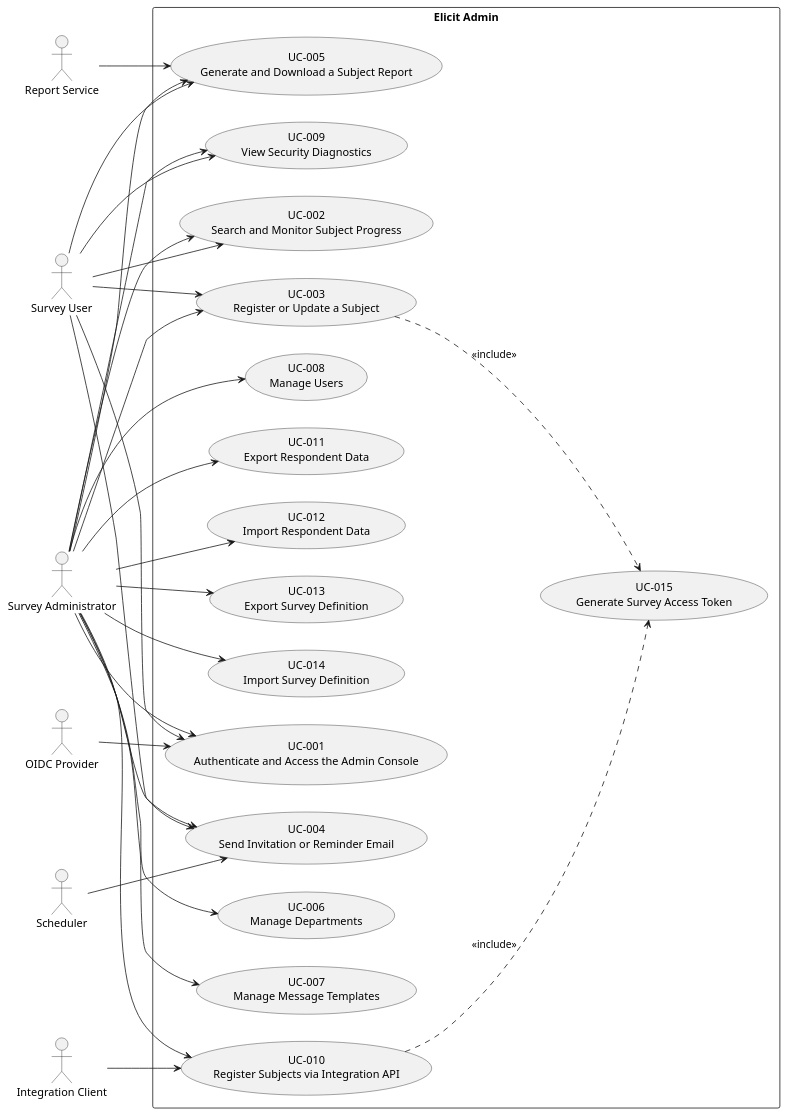
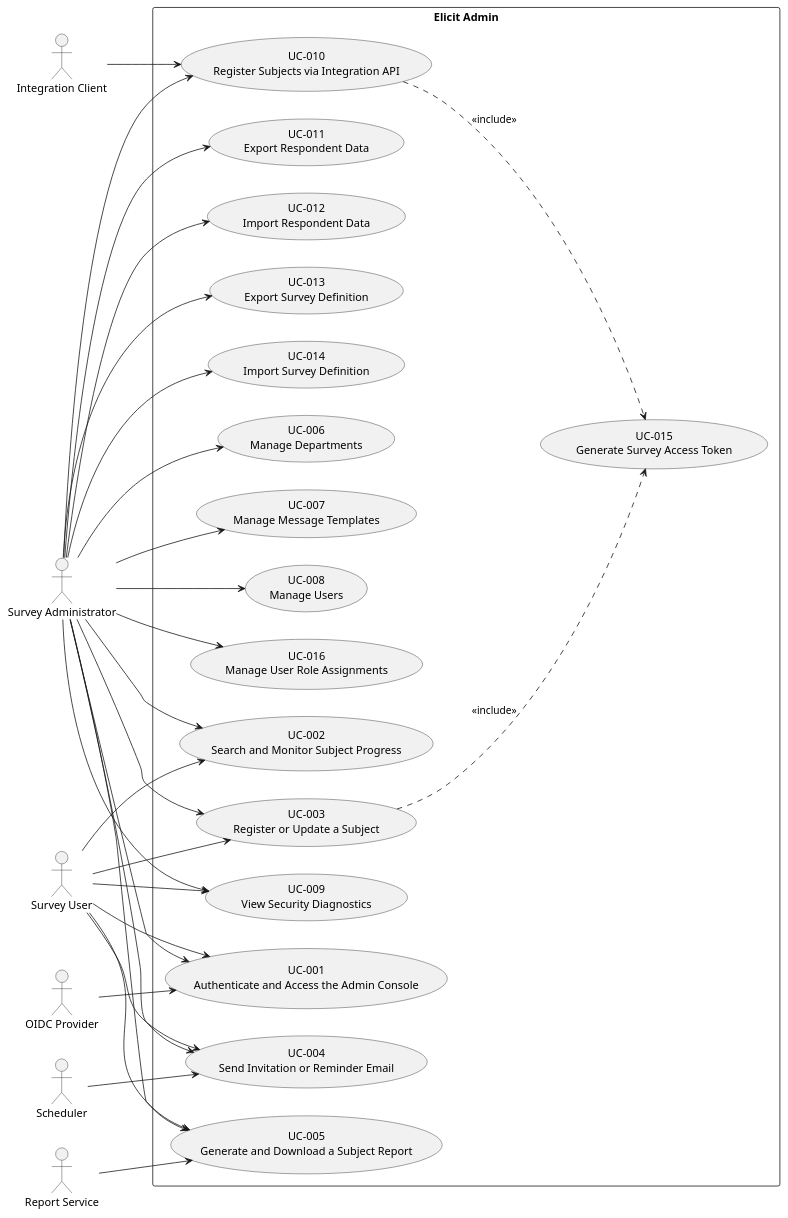
One commit to ElicitSoftware/Admin changed the diagram in docs/use_cases.puml. Above: the diagram before and after it, drawn with PlantUML. The commit also changed 4 other files, not shown here.

```diff
--- a/docs/use_cases.puml
+++ b/docs/use_cases.puml
@@ -1,72 +1,74 @@
 @startuml Use Cases Overview
 left to right direction
 
 actor "Survey User" as user
 actor "Survey Administrator" as admin
 actor "Integration Client" as importer
 actor "OIDC Provider" as oidc
 actor "Scheduler" as scheduler
 actor "Report Service" as reportsvc
 
 rectangle "Elicit Admin" {
     ' --- Interactive console (user + admin) ---
     usecase "UC-001\nAuthenticate and Access the Admin Console" as UC001
     usecase "UC-002\nSearch and Monitor Subject Progress" as UC002
     usecase "UC-003\nRegister or Update a Subject" as UC003
     usecase "UC-004\nSend Invitation or Reminder Email" as UC004
     usecase "UC-005\nGenerate and Download a Subject Report" as UC005
     usecase "UC-009\nView Security Diagnostics" as UC009
 
     ' --- Administration (admin only) ---
     usecase "UC-006\nManage Departments" as UC006
     usecase "UC-007\nManage Message Templates" as UC007
     usecase "UC-008\nManage Users" as UC008
+    usecase "UC-016\nManage User Role Assignments" as UC016
 
     ' --- Integration and data lifecycle ---
     usecase "UC-010\nRegister Subjects via Integration API" as UC010
     usecase "UC-011\nExport Respondent Data" as UC011
     usecase "UC-012\nImport Respondent Data" as UC012
     usecase "UC-013\nExport Survey Definition" as UC013
     usecase "UC-014\nImport Survey Definition" as UC014
 
     ' --- Shared subflow ---
     usecase "UC-015\nGenerate Survey Access Token" as UC015
 }
 
 ' Survey User
 user --> UC001
 user --> UC002
 user --> UC003
 user --> UC004
 user --> UC005
 user --> UC009
 
 ' Administrator (inherits user goals plus administration and data lifecycle)
 admin --> UC001
 admin --> UC002
 admin --> UC003
 admin --> UC004
 admin --> UC005
 admin --> UC006
 admin --> UC007
 admin --> UC008
+admin --> UC016
 admin --> UC009
 admin --> UC010
 admin --> UC011
 admin --> UC012
 admin --> UC013
 admin --> UC014
 
 ' Integration Client
 importer --> UC010
 
 ' External systems
 oidc --> UC001
 scheduler --> UC004
 reportsvc --> UC005
 
 ' Shared subflows
 UC003 ..> UC015 : <<include>>
 UC010 ..> UC015 : <<include>>
 
 @enduml
```
